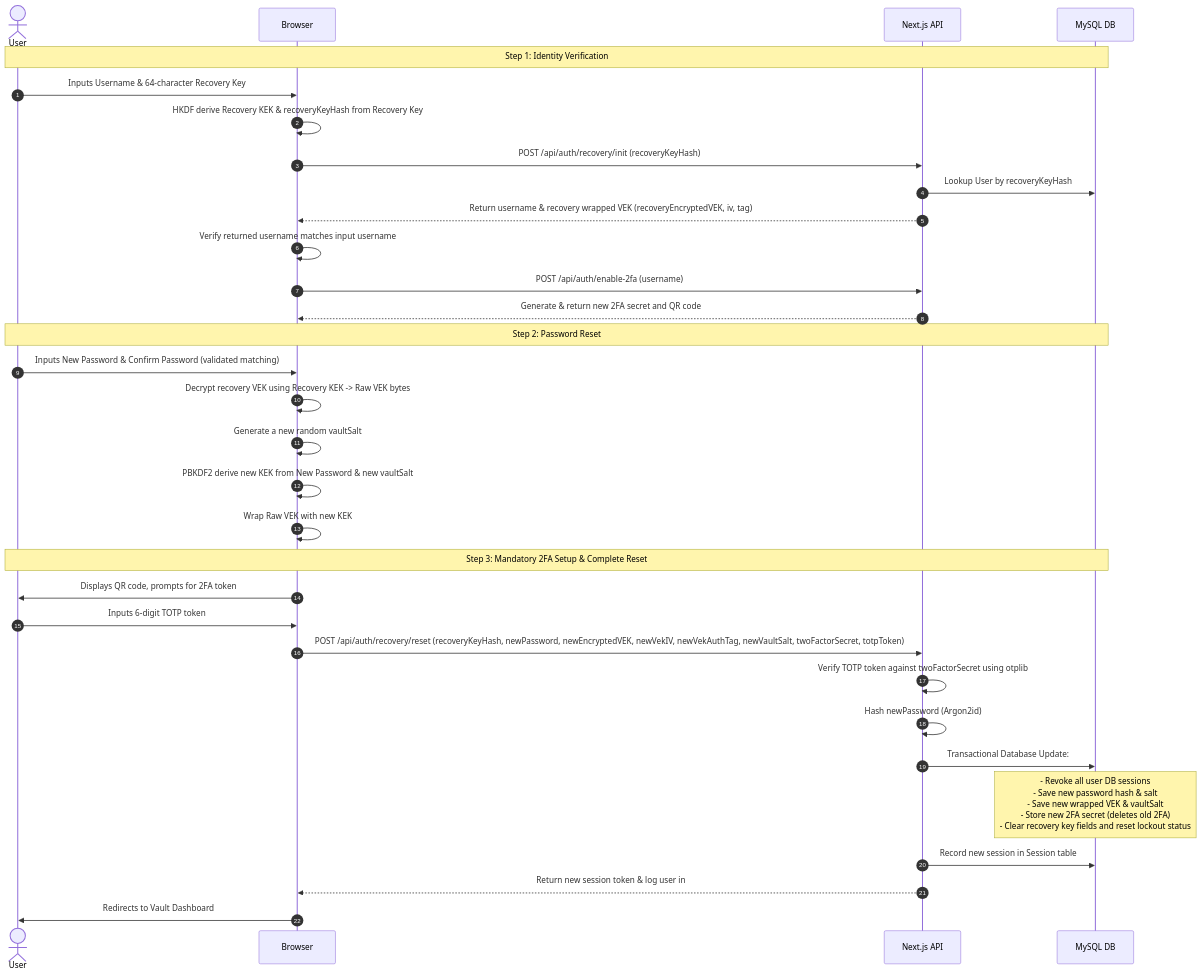
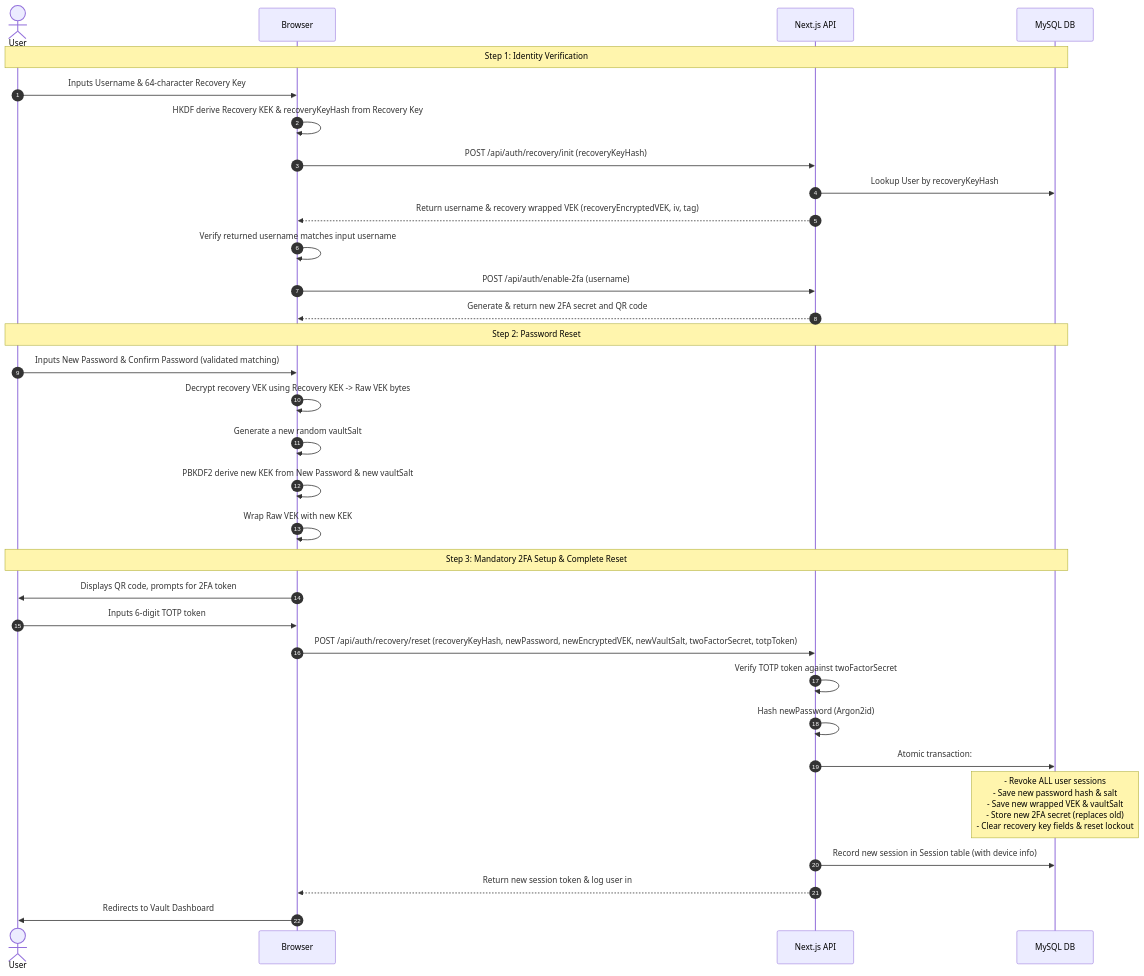
The fourth of 4 diagrams in ZK password manager.md (Ad1tya244/ZK-Password-Manager), drawn with Mermaid before and after one commit. The commit also changed other lines of this file and 24 other files, not shown here.

Commit message:
feat: robust session management, custom modal system, ZK password/username change flows, and UI polish

````diff
--- a/ZK password manager.md
+++ b/ZK password manager.md
@@ -226,37 +228,37 @@
 ```mermaid
 sequenceDiagram
     autonumber
     actor User
     participant Browser
     participant API as Next.js API
     participant DB as MySQL DB
 
     Note over User, DB: Step 1: Identity Verification
     User->>Browser: Inputs Username & 64-character Recovery Key
     Browser->>Browser: HKDF derive Recovery KEK & recoveryKeyHash from Recovery Key
     Browser->>API: POST /api/auth/recovery/init (recoveryKeyHash)
     API->>DB: Lookup User by recoveryKeyHash
     API-->>Browser: Return username & recovery wrapped VEK (recoveryEncryptedVEK, iv, tag)
     Browser->>Browser: Verify returned username matches input username
     Browser->>API: POST /api/auth/enable-2fa (username)
     API-->>Browser: Generate & return new 2FA secret and QR code
 
     Note over User, DB: Step 2: Password Reset
     User->>Browser: Inputs New Password & Confirm Password (validated matching)
     Browser->>Browser: Decrypt recovery VEK using Recovery KEK -> Raw VEK bytes
     Browser->>Browser: Generate a new random vaultSalt
     Browser->>Browser: PBKDF2 derive new KEK from New Password & new vaultSalt
     Browser->>Browser: Wrap Raw VEK with new KEK
 
     Note over User, DB: Step 3: Mandatory 2FA Setup & Complete Reset
     Browser->>User: Displays QR code, prompts for 2FA token
     User->>Browser: Inputs 6-digit TOTP token
-    Browser->>API: POST /api/auth/recovery/reset (recoveryKeyHash, newPassword, newEncryptedVEK, newVekIV, newVekAuthTag, newVaultSalt, twoFactorSecret, totpToken)
-    API->>API: Verify TOTP token against twoFactorSecret using otplib
+    Browser->>API: POST /api/auth/recovery/reset (recoveryKeyHash, newPassword, newEncryptedVEK, newVaultSalt, twoFactorSecret, totpToken)
+    API->>API: Verify TOTP token against twoFactorSecret
     API->>API: Hash newPassword (Argon2id)
-    API->>DB: Transactional Database Update:
-    Note over DB: - Revoke all user DB sessions<br/>- Save new password hash & salt<br/>- Save new wrapped VEK & vaultSalt<br/>- Store new 2FA secret (deletes old 2FA)<br/>- Clear recovery key fields and reset lockout status
-    API->>DB: Record new session in Session table
+    API->>DB: Atomic transaction:
+    Note over DB: - Revoke ALL user sessions<br/>- Save new password hash & salt<br/>- Save new wrapped VEK & vaultSalt<br/>- Store new 2FA secret (replaces old)<br/>- Clear recovery key fields & reset lockout
+    API->>DB: Record new session in Session table (with device info)
     API-->>Browser: Return new session token & log user in
     Browser->>User: Redirects to Vault Dashboard
 ```
````
